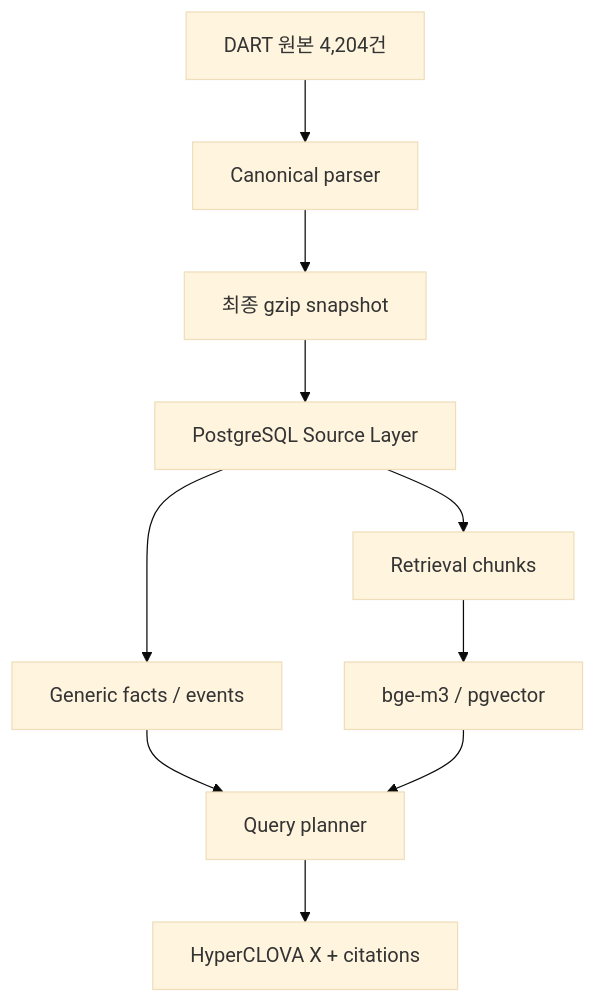
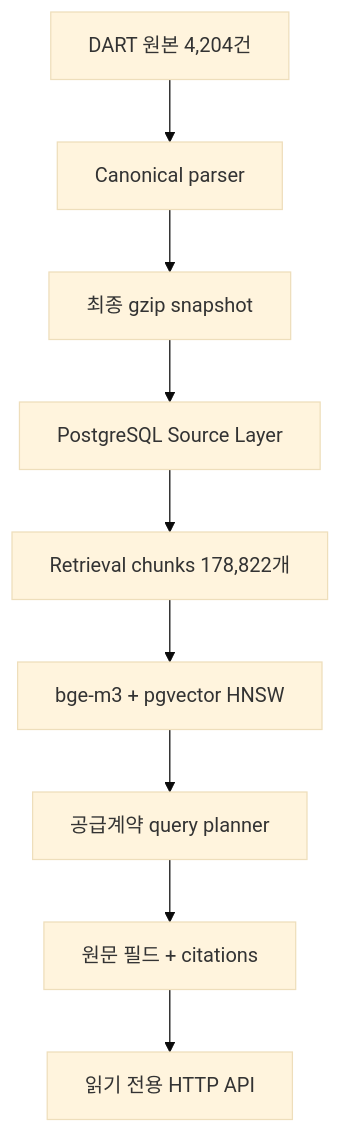
The diagram in README.md (SOSO-0304/disclosure-analyst-agent), drawn with Mermaid (base theme) before and after one commit. The commit also changed other lines of this file and 15 other files, not shown here.

First line of the commit message:
Deploy the verified contract query API safely

````diff
--- a/README.md
+++ b/README.md
@@ -43,12 +46,11 @@
 ```mermaid
 flowchart TD
     A["DART 원본 4,204건"] --> B["Canonical parser"]
     B --> C["최종 gzip snapshot"]
     C --> D["PostgreSQL Source Layer"]
-    D --> E["Generic facts / events"]
-    D --> F["Retrieval chunks"]
-    F --> G["bge-m3 / pgvector"]
-    E --> H["Query planner"]
-    G --> H
-    H --> I["HyperCLOVA X + citations"]
+    D --> E["Retrieval chunks 178,822개"]
+    E --> F["bge-m3 + pgvector HNSW"]
+    F --> G["공급계약 query planner"]
+    G --> H["원문 필드 + citations"]
+    H --> I["읽기 전용 HTTP API"]
 ```
````
